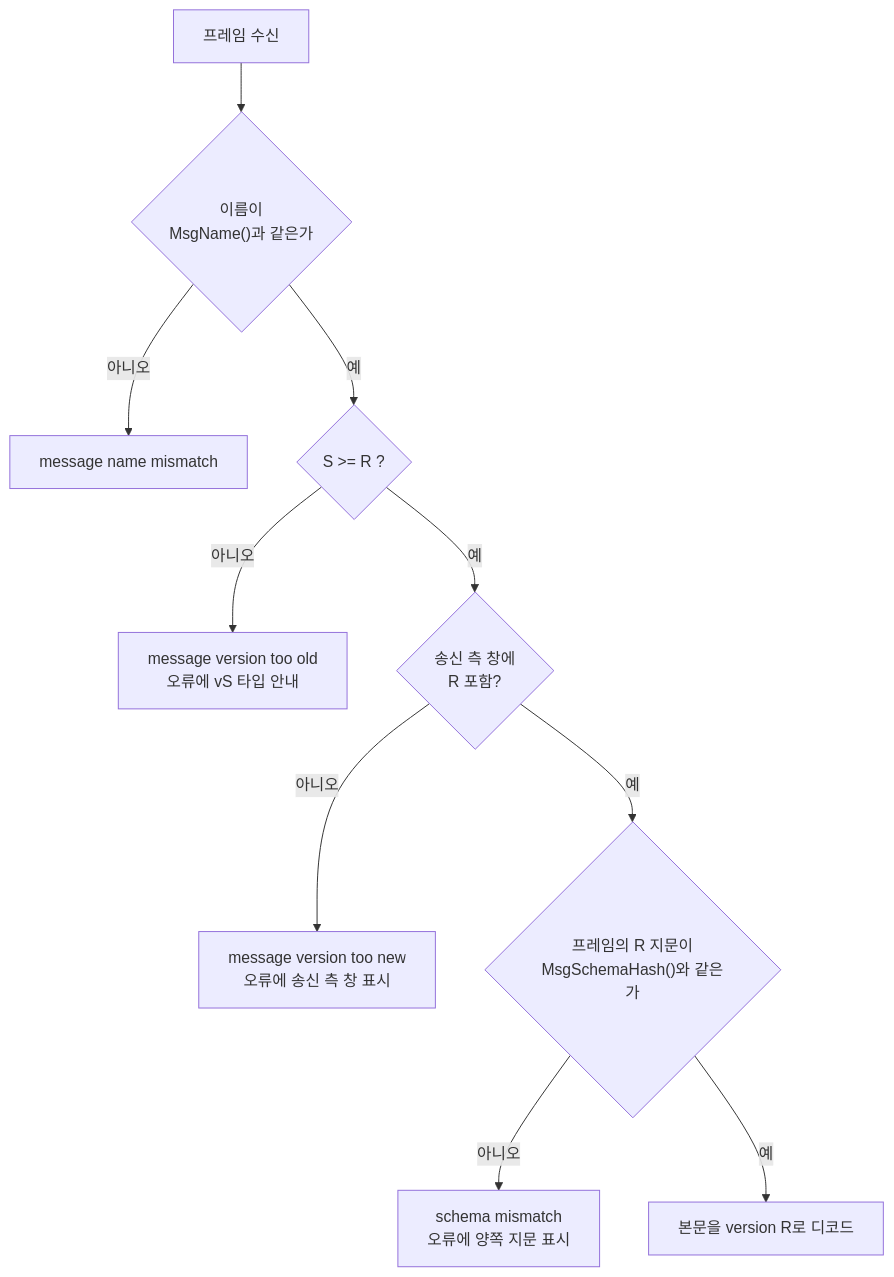
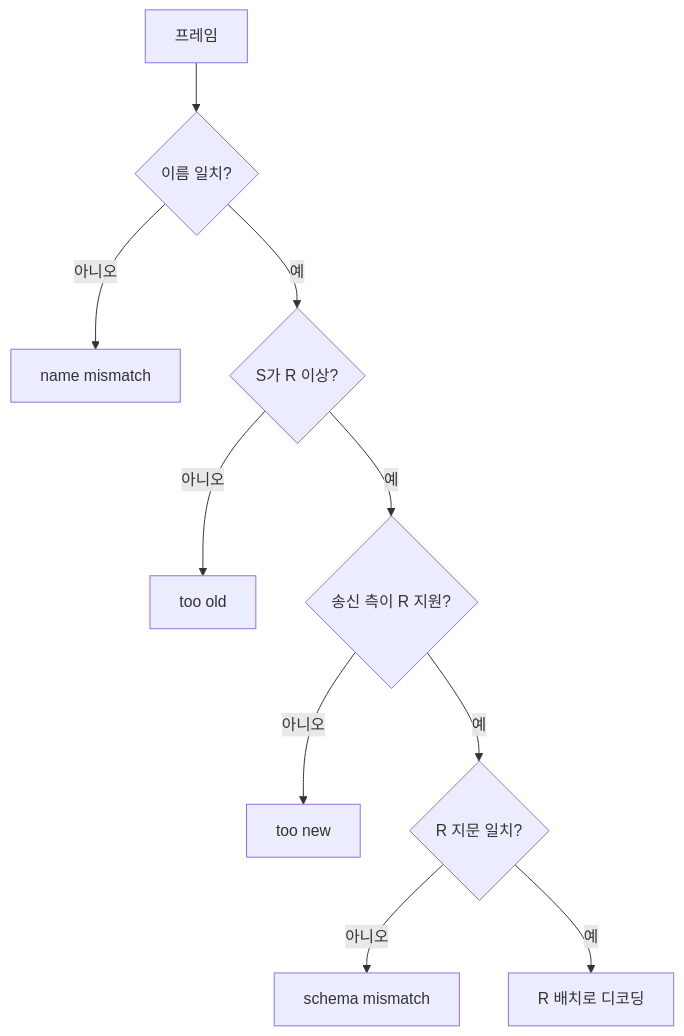
The first of 5 diagrams in README.ko.md (splendidz/protaco), drawn with Mermaid before and after one commit. The commit also changed other lines of this file and 107 other files, not shown here.

````diff
--- a/README.ko.md
+++ b/README.ko.md
@@ -424,12 +516,12 @@
 ```mermaid
 flowchart TD
-    F["프레임 수신"] --> N{"이름이<br/>MsgName()과 같은가"}
-    N -- 아니오 --> E1["message name mismatch"]
-    N -- 예 --> V{"S >= R ?"}
-    V -- 아니오 --> E2["message version too old<br/>오류에 vS 타입 안내"]
-    V -- 예 --> W{"송신 측 창에<br/>R 포함?"}
-    W -- 아니오 --> E3["message version too new<br/>오류에 송신 측 창 표시"]
-    W -- 예 --> H{"프레임의 R 지문이<br/>MsgSchemaHash()와 같은가"}
-    H -- 아니오 --> E4["schema mismatch<br/>오류에 양쪽 지문 표시"]
-    H -- 예 --> D["본문을 version R로 디코드"]
+    A["프레임"] --> B{"이름 일치?"}
+    B -- 아니오 --> E1["name mismatch"]
+    B -- 예 --> C{"S가 R 이상?"}
+    C -- 아니오 --> E2["too old"]
+    C -- 예 --> D{"송신 측이 R 지원?"}
+    D -- 아니오 --> E3["too new"]
+    D -- 예 --> H{"R 지문 일치?"}
+    H -- 아니오 --> E4["schema mismatch"]
+    H -- 예 --> F["R 배치로 디코딩"]
 ```
````
